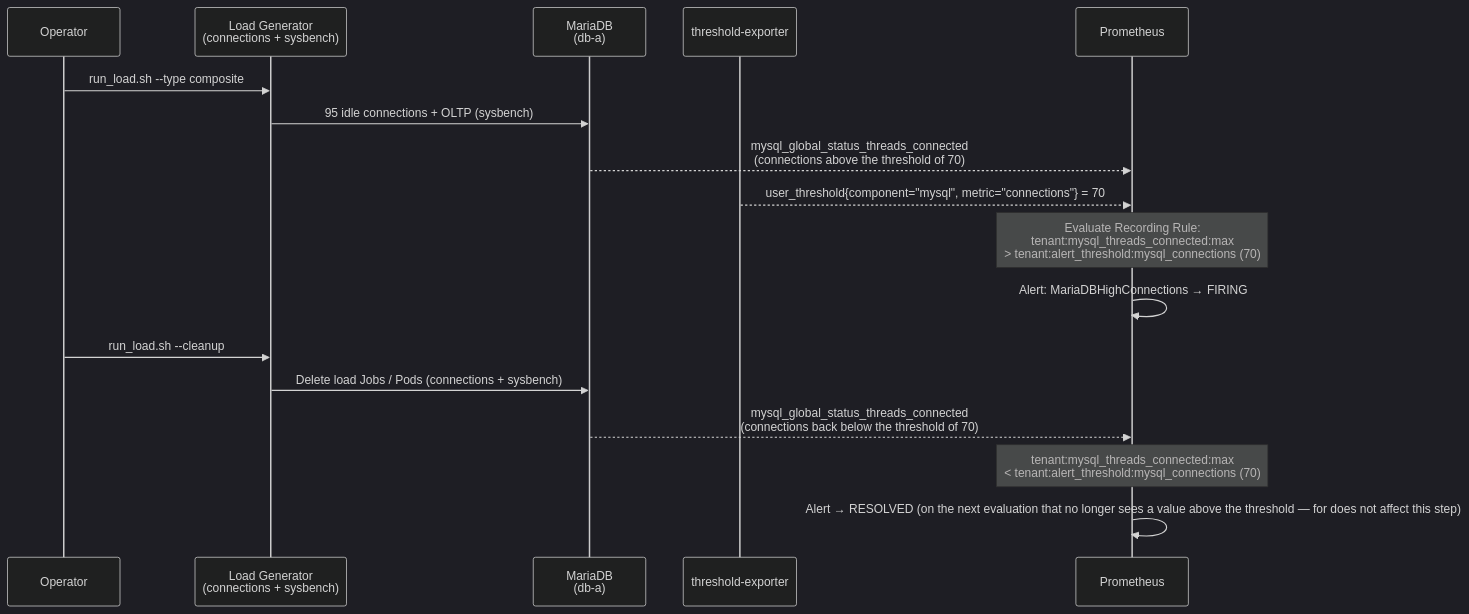
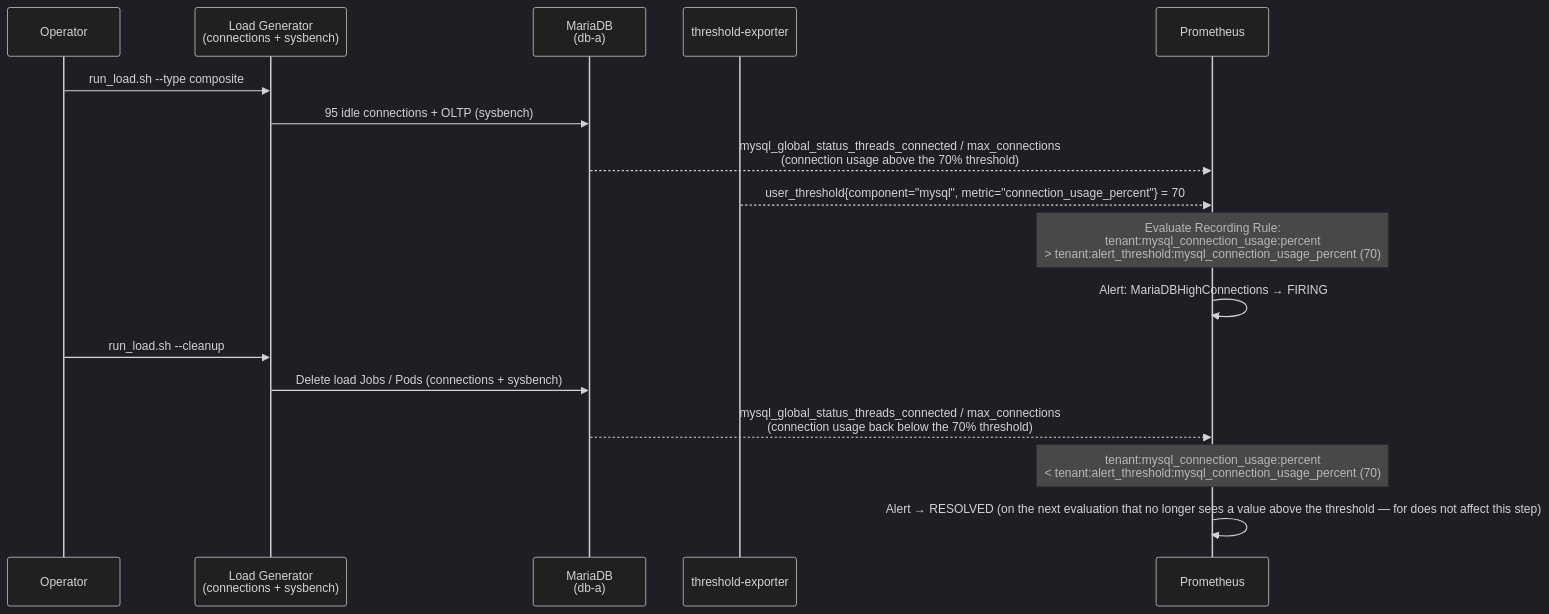
The diagram in docs/scenarios/verified-scenarios.en.md (vencil/Dynamic-Alerting-Integrations), drawn with Mermaid (dark theme) before and after one commit. The commit also changed other lines of this file and 131 other files, not shown here.

First line of the commit message:
refactor(rule-packs)!: MariaDB 連線閾值改為佔 max_connections 的 %，mysql_threads_running 不再預設出貨（#3778）

````diff
--- a/docs/scenarios/verified-scenarios.en.md
+++ b/docs/scenarios/verified-scenarios.en.md
@@ -95,25 +95,25 @@
 ```mermaid
 sequenceDiagram
     participant Op as Operator
     participant LG as Load Generator<br/>(connections + sysbench)
     participant DB as MariaDB<br/>(db-a)
     participant TE as threshold-exporter
     participant PM as Prometheus
 
     Op->>LG: run_load.sh --type composite
     LG->>DB: 95 idle connections + OLTP (sysbench)
-    DB-->>PM: mysql_global_status_threads_connected<br/>(connections above the threshold of 70)
-    TE-->>PM: user_threshold{component="mysql", metric="connections"} = 70
+    DB-->>PM: mysql_global_status_threads_connected / max_connections<br/>(connection usage above the 70% threshold)
+    TE-->>PM: user_threshold{component="mysql", metric="connection_usage_percent"} = 70
 
-    Note over PM: Evaluate Recording Rule:<br/>tenant:mysql_threads_connected:max<br/>> tenant:alert_threshold:mysql_connections (70)
+    Note over PM: Evaluate Recording Rule:<br/>tenant:mysql_connection_usage:percent<br/>> tenant:alert_threshold:mysql_connection_usage_percent (70)
 
     PM->>PM: Alert: MariaDBHighConnections → FIRING
 
     Op->>LG: run_load.sh --cleanup
     LG->>DB: Delete load Jobs / Pods (connections + sysbench)
-    DB-->>PM: mysql_global_status_threads_connected<br/>(connections back below the threshold of 70)
+    DB-->>PM: mysql_global_status_threads_connected / max_connections<br/>(connection usage back below the 70% threshold)
 
-    Note over PM: tenant:mysql_threads_connected:max<br/>< tenant:alert_threshold:mysql_connections (70)
+    Note over PM: tenant:mysql_connection_usage:percent<br/>< tenant:alert_threshold:mysql_connection_usage_percent (70)
 
     PM->>PM: Alert → RESOLVED (on the next evaluation that no longer sees a value above the threshold — for does not affect this step)
 ```
````
